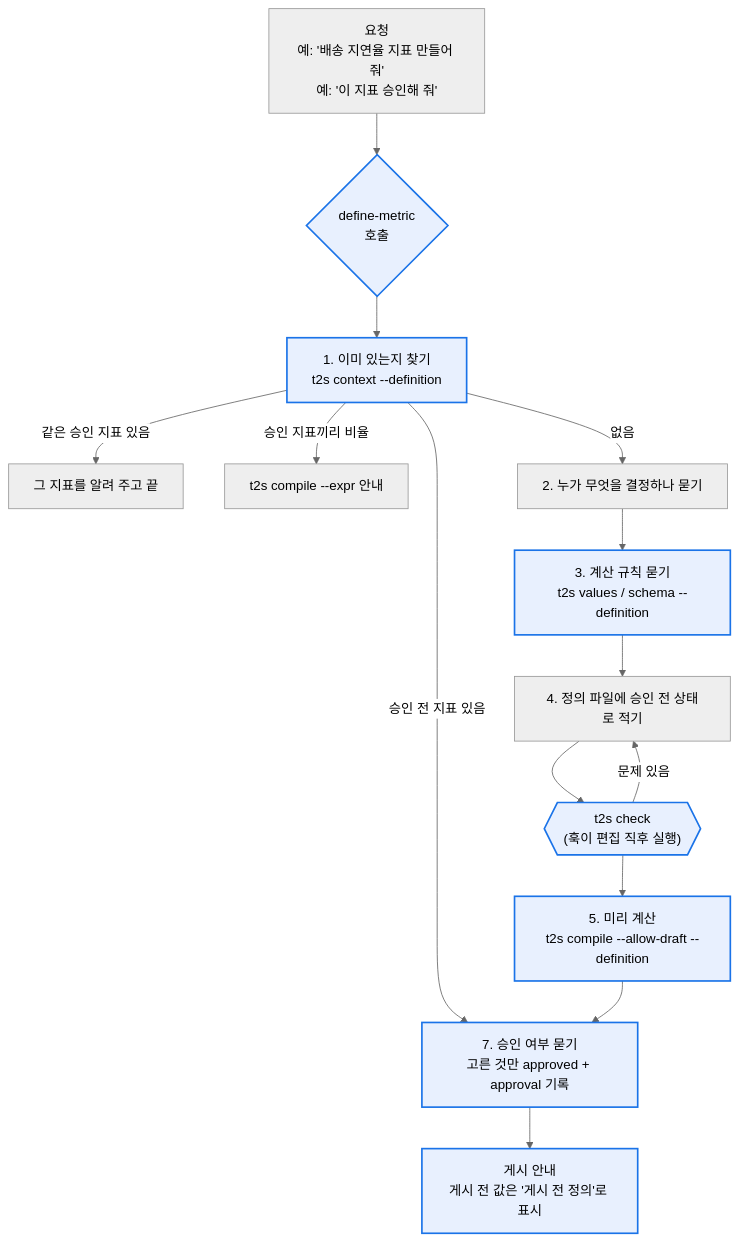
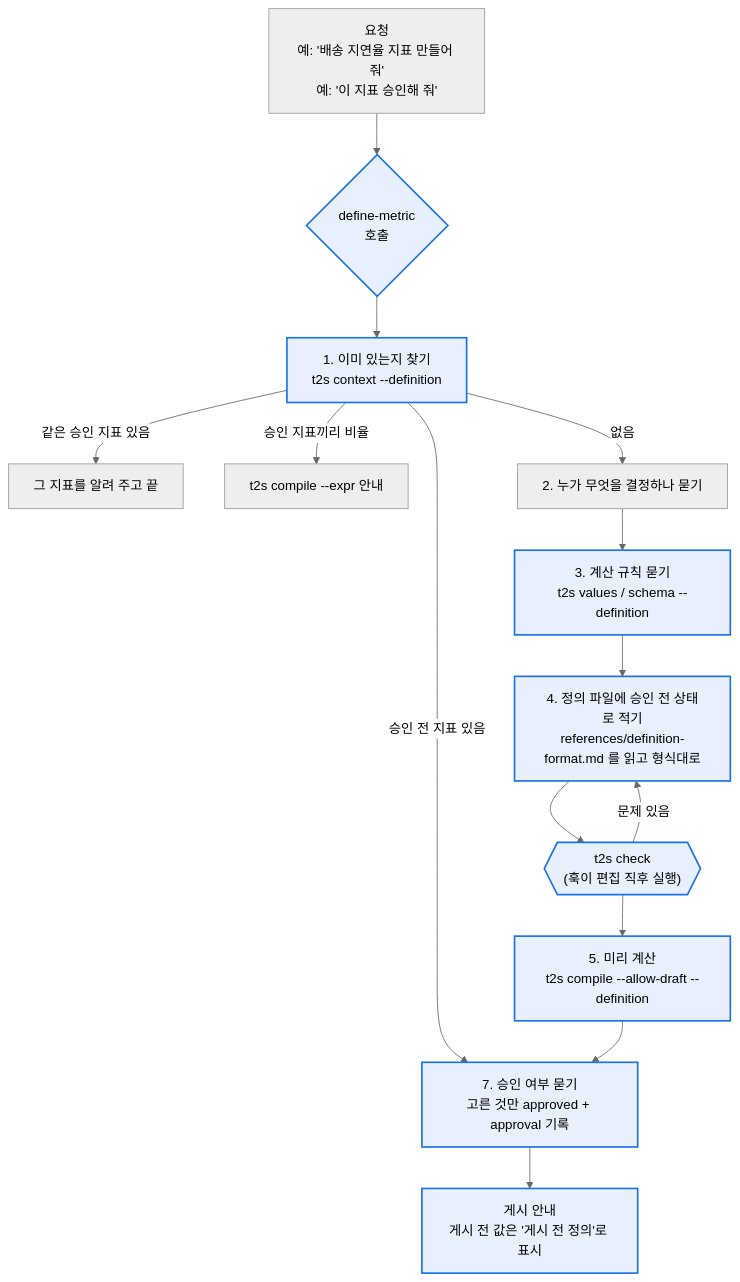
One commit to jylee9018/text2sql-plugin changed the third of 6 diagrams in docs/define-metric/branch-summary.md. Above: the diagram before and after it, drawn with Mermaid (neutral theme). The commit also changed other lines of this file, not shown here.

````diff
--- a/docs/define-metric/branch-summary.md
+++ b/docs/define-metric/branch-summary.md
@@ -60,19 +60,19 @@
 ```mermaid
 flowchart TD
     R["요청<br/>예: '배송 지연율 지표 만들어 줘'<br/>예: '이 지표 승인해 줘'"] --> S0{"define-metric<br/>호출"}
     S0 --> S1["1. 이미 있는지 찾기<br/>t2s context --definition"]
     S1 -->|같은 승인 지표 있음| E1[그 지표를 알려 주고 끝]
     S1 -->|승인 지표끼리 비율| E2[t2s compile --expr 안내]
     S1 -->|승인 전 지표 있음| S7
     S1 -->|없음| S2["2. 누가 무엇을 결정하나 묻기"]
     S2 --> S3["3. 계산 규칙 묻기<br/>t2s values / schema --definition"]
-    S3 --> S4["4. 정의 파일에 승인 전 상태로 적기"]
+    S3 --> S4["4. 정의 파일에 승인 전 상태로 적기<br/>references/definition-format.md 를 읽고 형식대로"]
     S4 --> CHK{{"t2s check<br/>(훅이 편집 직후 실행)"}}
     CHK -->|문제 있음| S4
     CHK --> S5["5. 미리 계산<br/>t2s compile --allow-draft --definition"]
     S5 --> S7["7. 승인 여부 묻기<br/>고른 것만 approved + approval 기록"]
     S7 --> E3["게시 안내<br/>게시 전 값은 '게시 전 정의'로 표시"]
 
     classDef changed fill:#e8f0fe,stroke:#1a73e8,stroke-width:2px
-    class S0,S1,S3,S5,S7,E3,CHK changed
+    class S0,S1,S3,S4,S5,S7,E3,CHK changed
 ```
````
